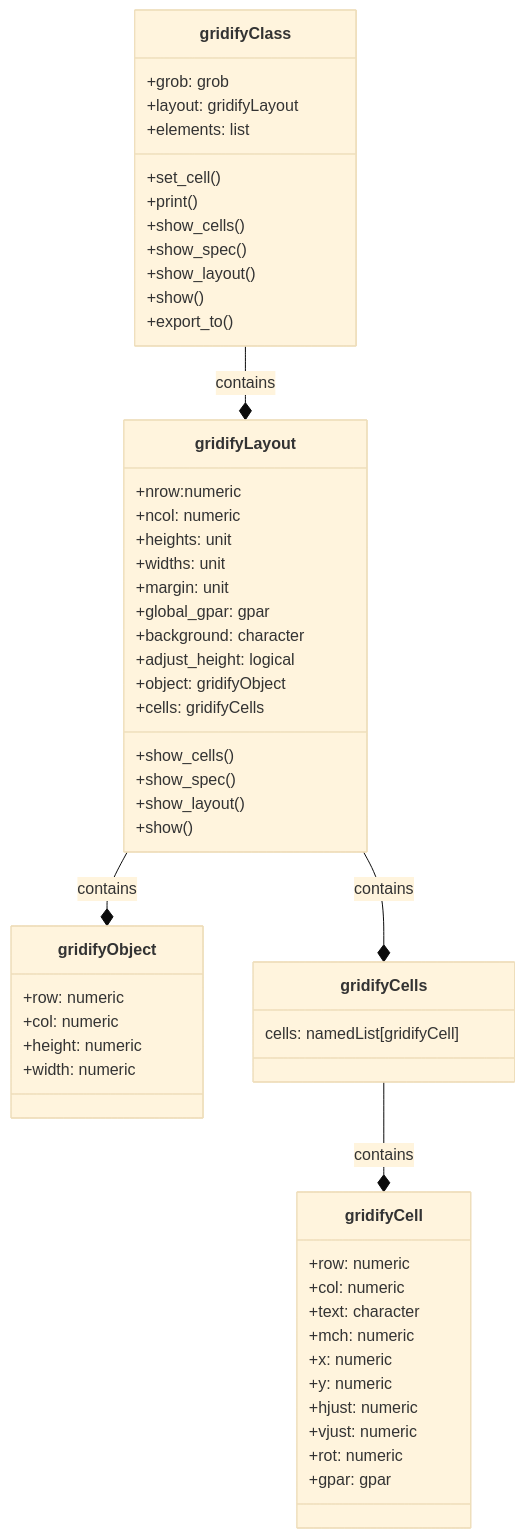
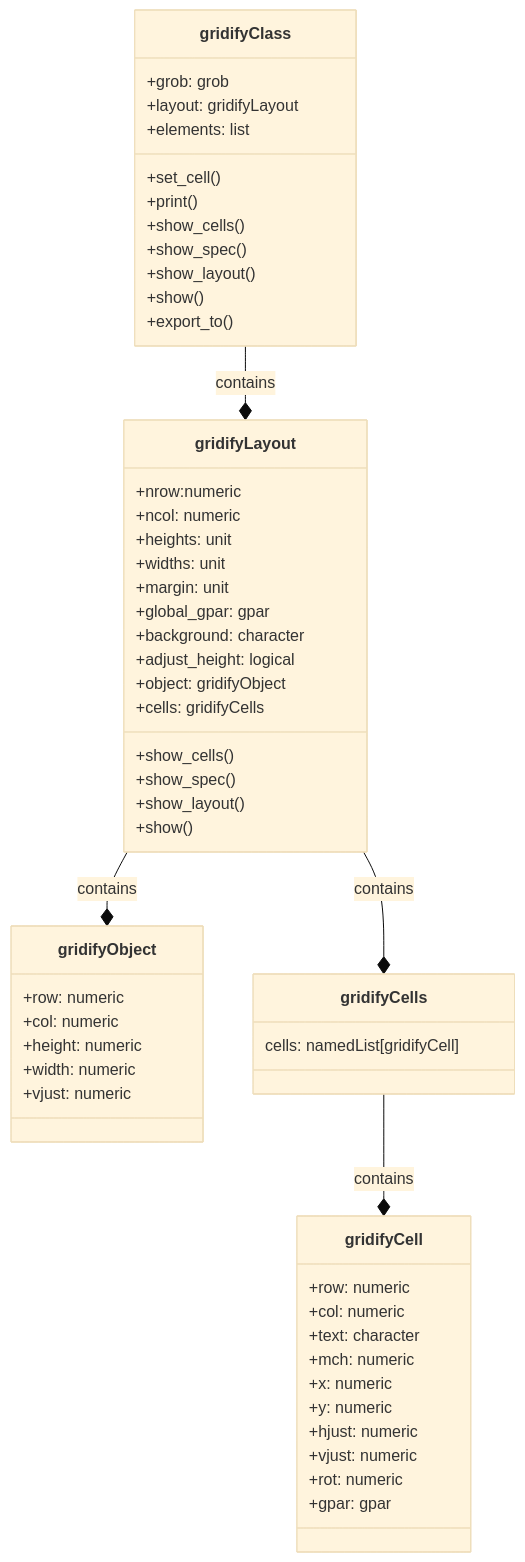
One commit to pharmaverse/gridify changed the diagram in inst/UML/UML_graph.md. Above: the diagram before and after it, drawn with Mermaid (base theme). The commit also changed 28 other files, not shown here.

````diff
--- a/inst/UML/UML_graph.md
+++ b/inst/UML/UML_graph.md
@@ -39,58 +39,59 @@
 ``` mermaid
 classDiagram
     class gridifyClass {
         +grob: grob
         +layout: gridifyLayout
         +elements: list
         +set_cell()
         +print()
         +show_cells()
         +show_spec()
         +show_layout()
         +show()
         +export_to()
     }
     class gridifyLayout {
         +nrow:numeric
         +ncol: numeric
         +heights: unit
         +widths: unit
         +margin: unit
         +global_gpar: gpar
         +background: character
         +adjust_height: logical
         +object: gridifyObject
         +cells: gridifyCells
         +show_cells()
         +show_spec()
         +show_layout()
         +show()
     }
     
     class gridifyObject {
         +row: numeric
         +col: numeric
         +height: numeric
         +width: numeric
+        +vjust: numeric
     }
     class gridifyCells {
         cells: namedList[gridifyCell]
     }
     class gridifyCell {
         +row: numeric
         +col: numeric
         +text: character
         +mch: numeric
         +x: numeric
         +y: numeric
         +hjust: numeric
         +vjust: numeric
         +rot: numeric
         +gpar: gpar
     }
     
     gridifyClass --* gridifyLayout: contains
     gridifyLayout --* gridifyCells: contains
     gridifyLayout --* gridifyObject: contains
     gridifyCells --* gridifyCell: contains
 ```
````
